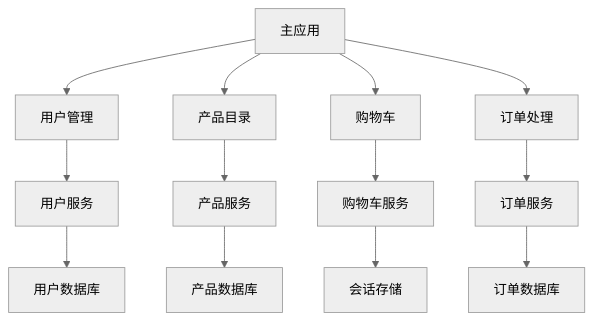
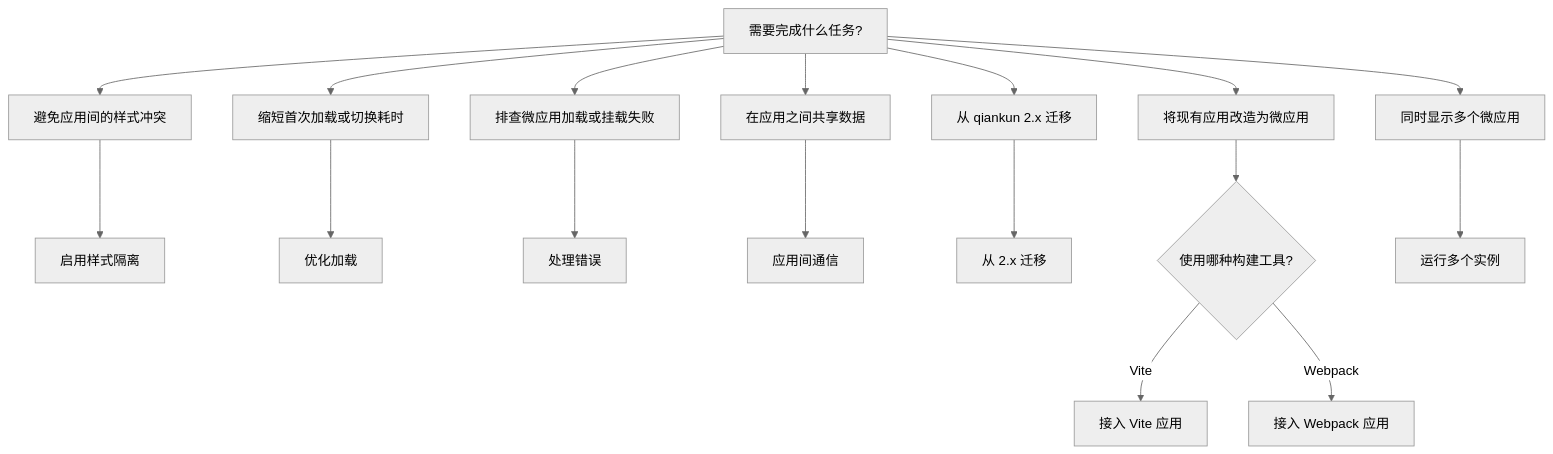
Before and after one commit to jackbi/qiankun-copy: the diagram in docs/zh-CN/cookbook/index.md, drawn with Mermaid (neutral theme). The commit also changed other lines of this file and 124 other files, not shown here.

Commit message:
docs: rewrite the VitePress site for qiankun v3 (bilingual, source-grounded, redesigned) (#3142)

````diff
--- a/docs/zh-CN/cookbook/index.md
+++ b/docs/zh-CN/cookbook/index.md
@@ -138,17 +31,20 @@
 ```mermaid
-graph TB
-    A[主应用] --> B[用户管理]
-    A --> C[产品目录]
-    A --> D[购物车]
-    A --> E[订单处理]
-    
-    B --> F[用户服务]
-    C --> G[产品服务]
-    D --> H[购物车服务]
-    E --> I[订单服务]
-    
-    F --> J[用户数据库]
-    G --> K[产品数据库]
-    H --> L[会话存储]
-    I --> M[订单数据库]
+flowchart TD
+  A[需要完成什么任务?] --> B[避免应用间的样式冲突]
+  A --> C[缩短首次加载或切换耗时]
+  A --> D[排查微应用加载或挂载失败]
+  A --> E[在应用之间共享数据]
+  A --> F[从 qiankun 2.x 迁移]
+  A --> G[将现有应用改造为微应用]
+  A --> H[同时显示多个微应用]
+
+  B --> B1[启用样式隔离]
+  C --> C1[优化加载]
+  D --> D1[处理错误]
+  E --> E1[应用间通信]
+  F --> F1[从 2.x 迁移]
+  G --> G1{使用哪种构建工具?}
+  G1 -->|Vite| G2[接入 Vite 应用]
+  G1 -->|Webpack| G3[接入 Webpack 应用]
+  H --> H1[运行多个实例]
 ```
````
